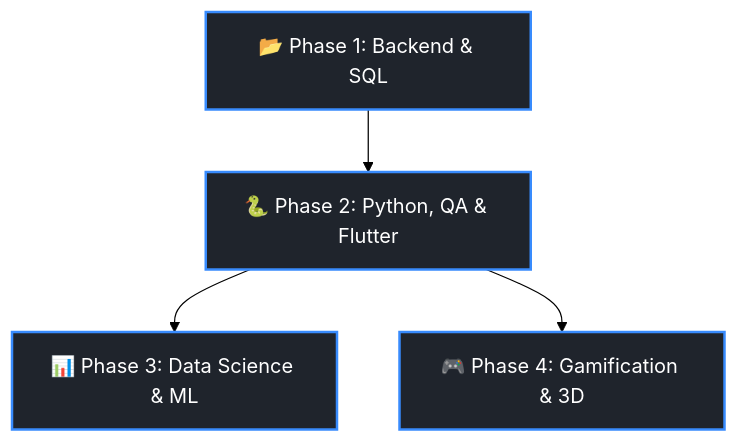
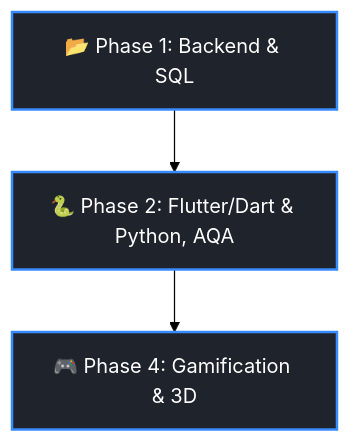
One commit to pusliaMary/pusliaMary changed the diagram in README.md. Above: the diagram before and after it, drawn with Mermaid (forest theme). The commit also changed other lines of this file, not shown here.

````diff
--- a/README.md
+++ b/README.md
@@ -56,9 +56,7 @@
 ```mermaid
 graph TD
-    A["📂 Phase 1: Backend & SQL"] --> B["🐍 Phase 2: Python, QA & Flutter"]
-    B --> C["📊 Phase 3: Data Science & ML"]
-    B --> D["🎮 Phase 4: Gamification & 3D"]
-
+    A["📂 Phase 1: Backend & SQL"] --> B["🐍 Phase 2: Flutter/Dart & Python, AQA"]
+    B --> C["🎮 Phase 4: Gamification & 3D"]
     classDef default fill:#1f242c,stroke:#388bfd,stroke-width:2px,color:#fff;
     class A,B,C,D default;
 ```
````
